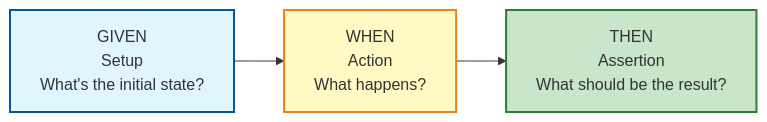
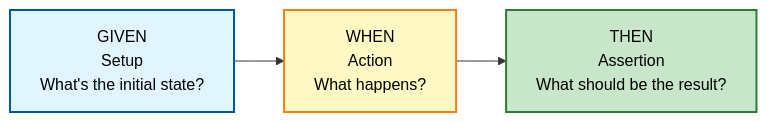
The first of 8 diagrams in UNITTEST_WORKSHOP_DIAGRAM.md (hagsmand/pcc-workshop-micro-service), drawn with Mermaid before and after one commit. The commit also changed other lines of this file, not shown here.

````diff
--- a/UNITTEST_WORKSHOP_DIAGRAM.md
+++ b/UNITTEST_WORKSHOP_DIAGRAM.md
@@ -5,9 +5,9 @@
 ```mermaid
 graph LR
     A[GIVEN<br/>Setup<br/>What's the initial state?] --> B[WHEN<br/>Action<br/>What happens?]
     B --> C[THEN<br/>Assertion<br/>What should be the result?]
     
-    style A fill:#e1f5ff,stroke:#01579b,stroke-width:2px
-    style B fill:#fff9c4,stroke:#f57f17,stroke-width:2px
-    style C fill:#c8e6c9,stroke:#2e7d32,stroke-width:2px
+    style A fill:#e1f5ff,stroke:#01579b,stroke-width:2px,color:#000
+    style B fill:#fff9c4,stroke:#f57f17,stroke-width:2px,color:#000
+    style C fill:#c8e6c9,stroke:#2e7d32,stroke-width:2px,color:#000
 ```
````
